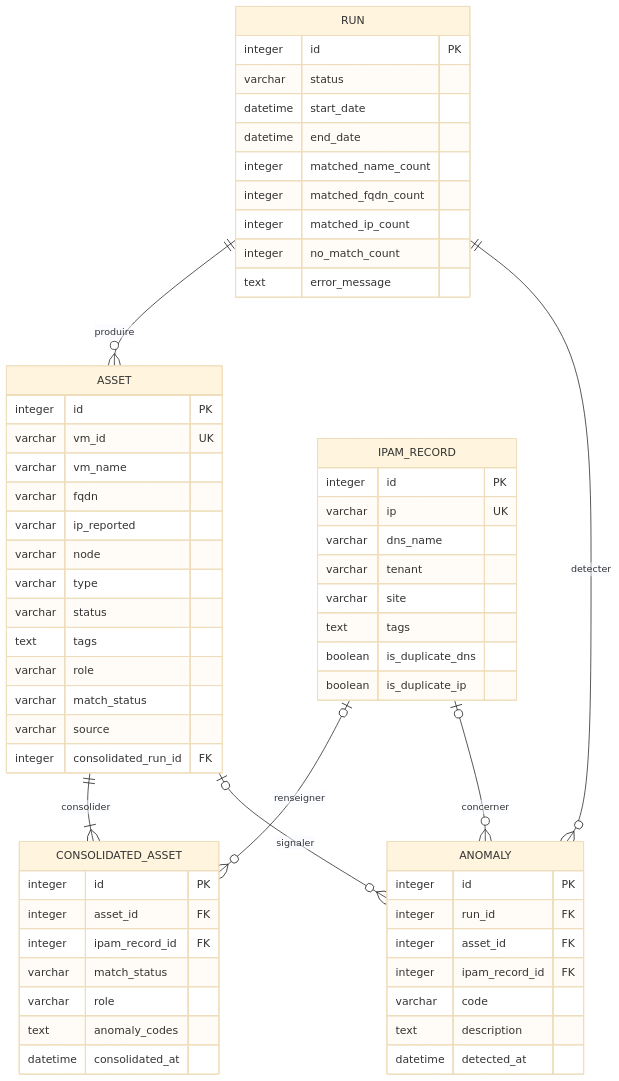
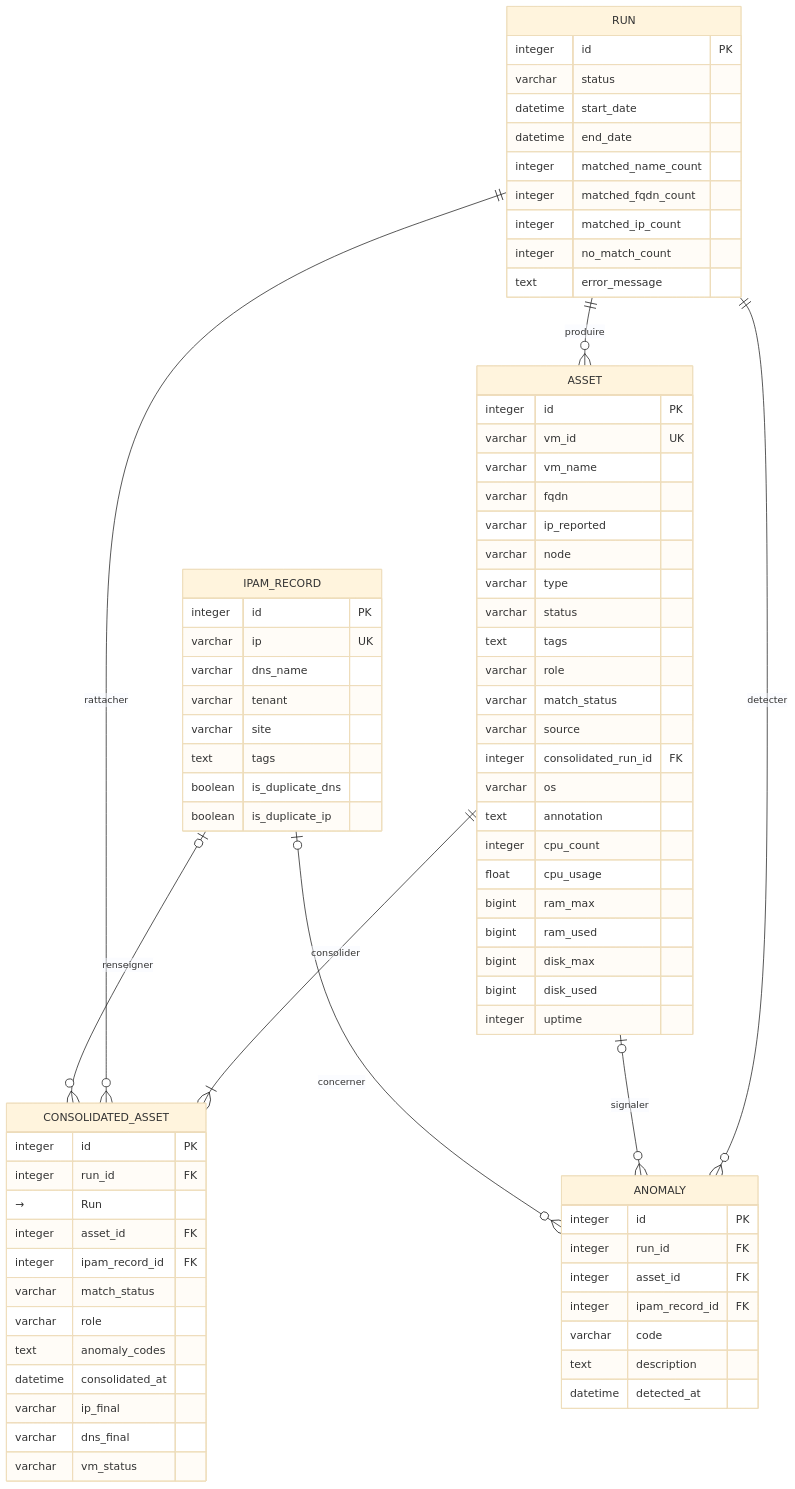
The diagram in docs/modele/mcd.md (Fr0gzilla/CloudInventory), drawn with Mermaid (base theme) before and after one commit. The commit also changed other lines of this file and 13 other files, not shown here.

First line of the commit message:
T024: consolidated_asset reçoit run_id ; métriques de la VM et instantané du run (avec T025, T026, T027)

````diff
--- a/docs/modele/mcd.md
+++ b/docs/modele/mcd.md
@@ -10,64 +10,78 @@
 ```mermaid
 erDiagram
     RUN ||--o{ ASSET : produire
     RUN ||--o{ ANOMALY : detecter
     ASSET ||--|{ CONSOLIDATED_ASSET : consolider
+    RUN ||--o{ CONSOLIDATED_ASSET : rattacher
     IPAM_RECORD |o--o{ CONSOLIDATED_ASSET : renseigner
     ASSET |o--o{ ANOMALY : signaler
     IPAM_RECORD |o--o{ ANOMALY : concerner
 
     RUN {
         integer id PK
         varchar status
         datetime start_date
         datetime end_date
         integer matched_name_count
         integer matched_fqdn_count
         integer matched_ip_count
         integer no_match_count
         text error_message
     }
     ASSET {
         integer id PK
         varchar vm_id UK
         varchar vm_name
         varchar fqdn
         varchar ip_reported
         varchar node
         varchar type
         varchar status
         text tags
         varchar role
         varchar match_status
         varchar source
         integer consolidated_run_id FK
+        varchar os
+        text annotation
+        integer cpu_count
+        float cpu_usage
+        bigint ram_max
+        bigint ram_used
+        bigint disk_max
+        bigint disk_used
+        integer uptime
     }
     IPAM_RECORD {
         integer id PK
         varchar ip UK
         varchar dns_name
         varchar tenant
         varchar site
         text tags
         boolean is_duplicate_dns
         boolean is_duplicate_ip
     }
     CONSOLIDATED_ASSET {
         integer id PK
+        integer run_id FK → Run
         integer asset_id FK
         integer ipam_record_id FK
         varchar match_status
         varchar role
         text anomaly_codes
         datetime consolidated_at
+        varchar ip_final
+        varchar dns_final
+        varchar vm_status
     }
     ANOMALY {
         integer id PK
         integer run_id FK
         integer asset_id FK
         integer ipam_record_id FK
         varchar code
         text description
         datetime detected_at
     }
 ```
````
